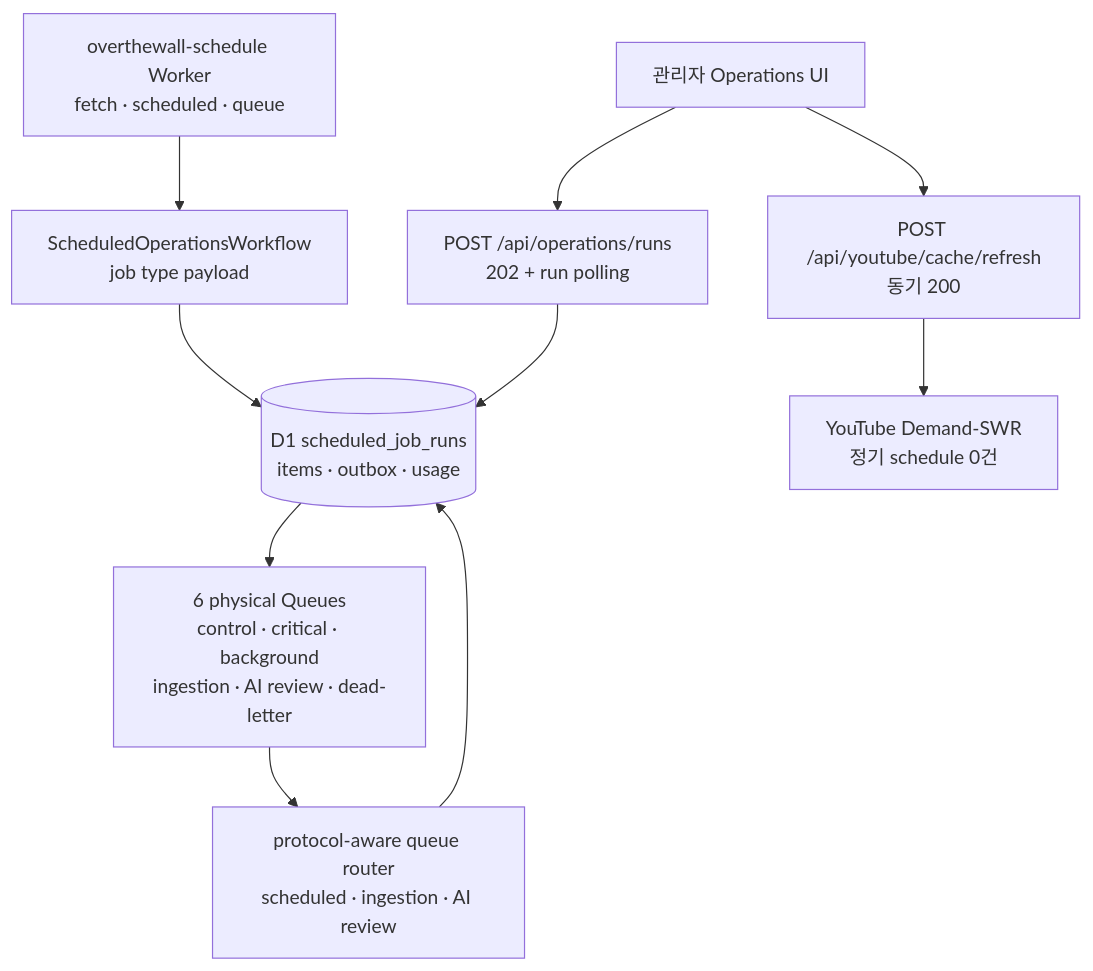
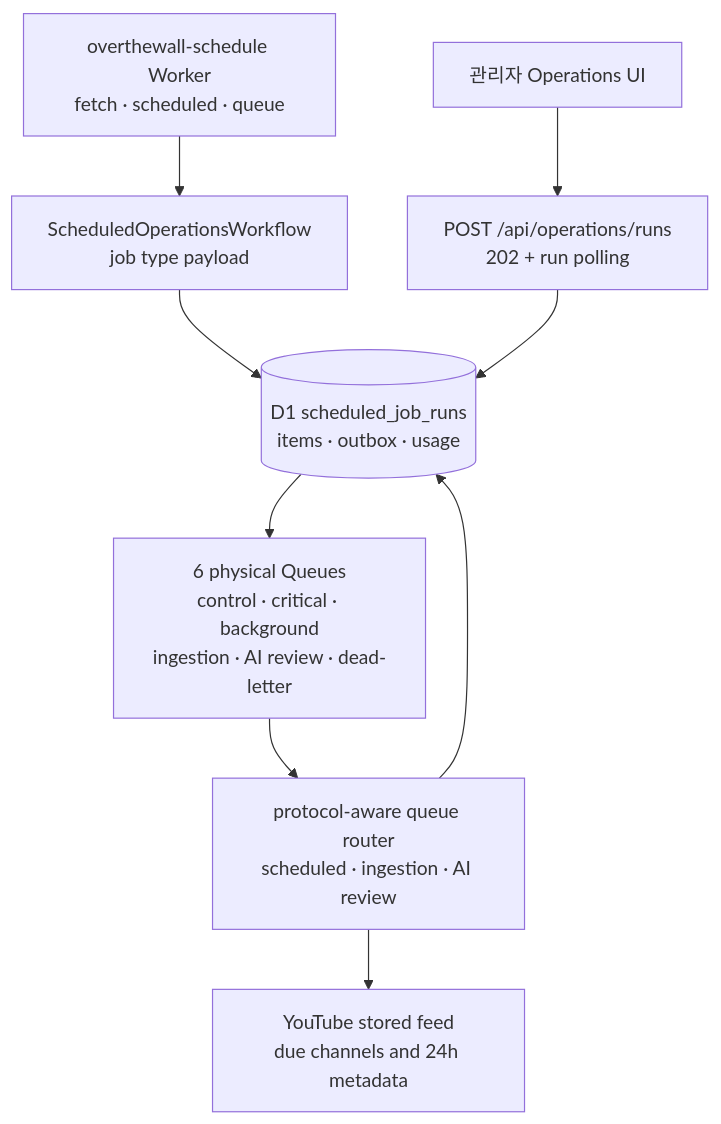
One commit to rlatmfrl24/overthewall-schedule changed the eighth of 9 diagrams in docs/architecture.md. Above: the diagram before and after it, drawn with Mermaid. The commit also changed other lines of this file and 96 other files, not shown here.

Commit message:
feat(admin): consolidate collection monitoring and retire YouTube cache

````diff
--- a/docs/architecture.md
+++ b/docs/architecture.md
@@ -603,22 +572,20 @@
 ```mermaid
 flowchart TB
   runtime["overthewall-schedule Worker<br/>fetch · scheduled · queue"]
   workflows["ScheduledOperationsWorkflow<br/>job type payload"]
   state[("D1 scheduled_job_runs<br/>items · outbox · usage")]
   queues["6 physical Queues<br/>control · critical · background<br/>ingestion · AI review · dead-letter"]
   executor["protocol-aware queue router<br/>scheduled · ingestion · AI review"]
   admin["관리자 Operations UI"]
   command["POST /api/operations/runs<br/>202 + run polling"]
-  youtube["YouTube Demand-SWR<br/>정기 schedule 0건"]
-  youtubeManual["POST /api/youtube/cache/refresh<br/>동기 200"]
+  youtube["YouTube stored feed<br/>due channels and 24h metadata"]
 
   runtime --> workflows
   workflows --> state
   state --> queues
   queues --> executor
   executor --> state
   admin --> command
   command --> state
-  admin --> youtubeManual
-  youtubeManual --> youtube
+  executor --> youtube
 ```
````
